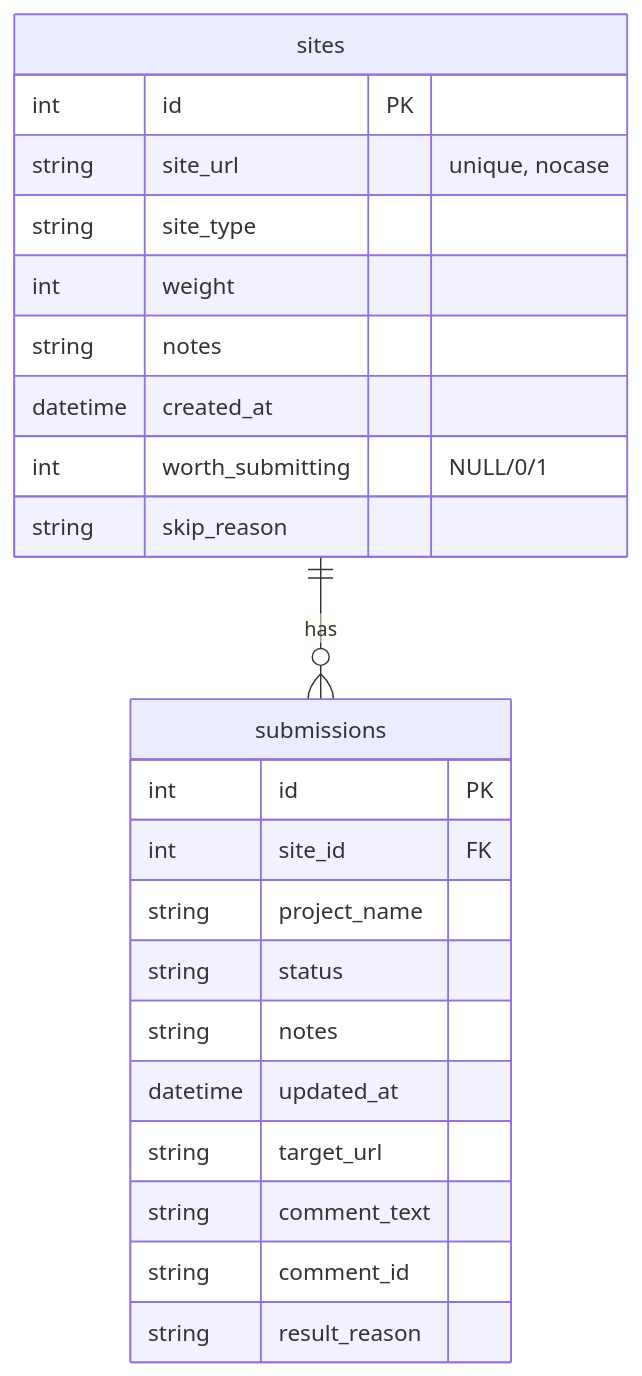
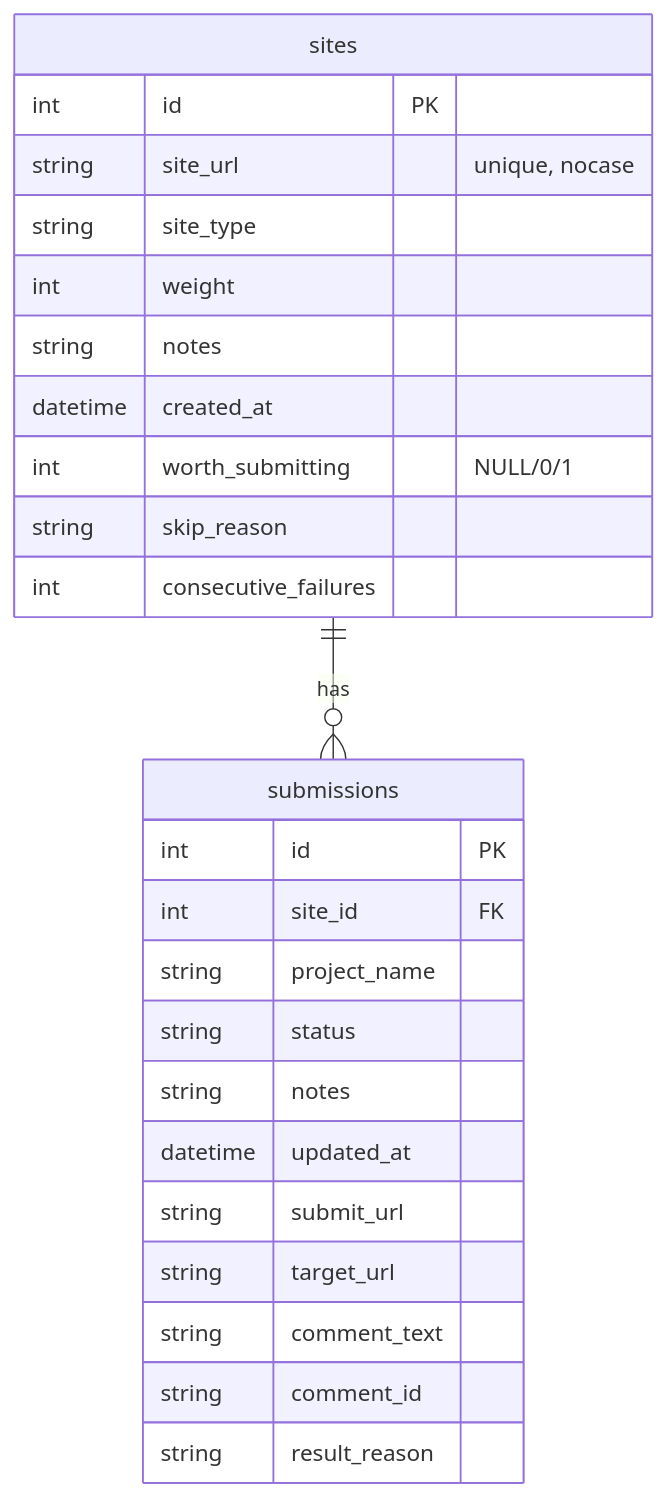
The diagram in 0-Develop_Doc/DATABASE-DESIGN.md (pang3fan-creator/backlink-delete), drawn with Mermaid before and after one commit. The commit also changed other lines of this file and 11 other files, not shown here.

````diff
--- a/0-Develop_Doc/DATABASE-DESIGN.md
+++ b/0-Develop_Doc/DATABASE-DESIGN.md
@@ -7,28 +7,31 @@
 ```mermaid
 erDiagram
     sites ||--o{ submissions : has
 
     sites {
         int id PK
         string site_url "unique, nocase"
         string site_type
         int weight
         string notes
         datetime created_at
         int worth_submitting "NULL/0/1"
         string skip_reason
+        int consecutive_failures
     }
 
     submissions {
         int id PK
         int site_id FK
         string project_name
         string status
         string notes
         datetime updated_at
+        string submit_url
         string target_url
         string comment_text
         string comment_id
         string result_reason
     }
+
 ```
````
